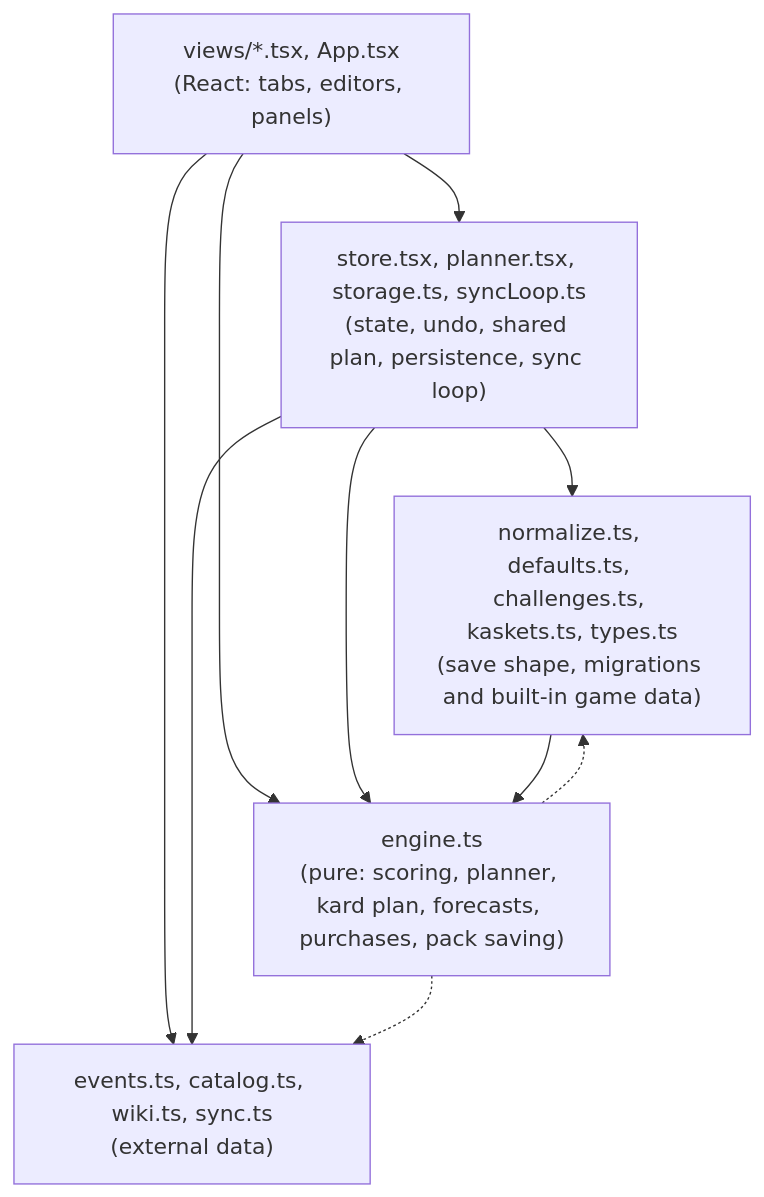
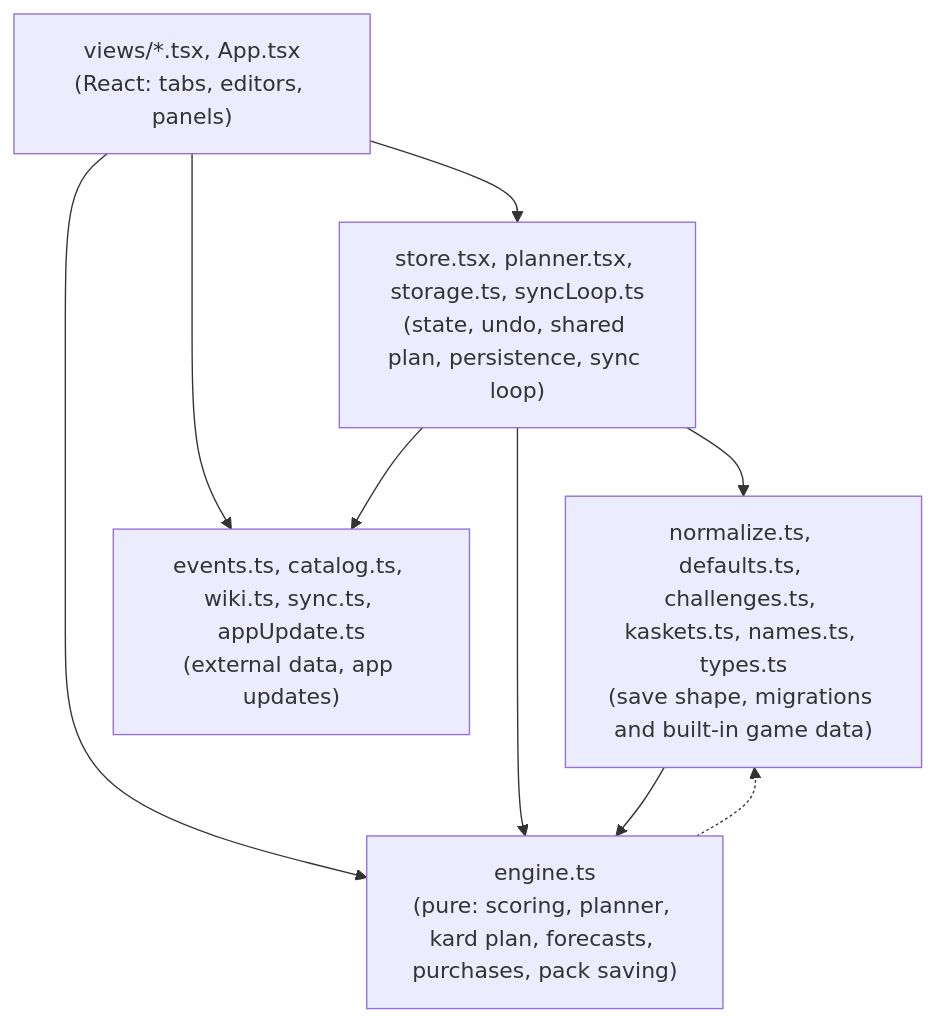
Before and after one commit to Simba3696/mkmax: the second of 3 diagrams in docs/architecture.md, drawn with Mermaid. The commit also changed other lines of this file and 46 other files, not shown here.

````diff
--- a/docs/architecture.md
+++ b/docs/architecture.md
@@ -31,17 +31,16 @@
 ```mermaid
 flowchart TB
   Views["views/*.tsx, App.tsx<br/>(React: tabs, editors, panels)"]
   Store["store.tsx, planner.tsx, storage.ts, syncLoop.ts<br/>(state, undo, shared plan, persistence, sync loop)"]
   Engine["engine.ts<br/>(pure: scoring, planner, kard plan, forecasts, purchases, pack saving)"]
-  Data["normalize.ts, defaults.ts, challenges.ts, kaskets.ts, types.ts<br/>(save shape, migrations and built-in game data)"]
-  Ext["events.ts, catalog.ts, wiki.ts, sync.ts<br/>(external data)"]
+  Data["normalize.ts, defaults.ts, challenges.ts, kaskets.ts, names.ts, types.ts<br/>(save shape, migrations and built-in game data)"]
+  Ext["events.ts, catalog.ts, wiki.ts, sync.ts, appUpdate.ts<br/>(external data, app updates)"]
   Views --> Store
   Views --> Engine
   Views --> Ext
   Store --> Data
   Store --> Engine
   Store --> Ext
   Data --> Engine
   Engine -.-> Data
-  Engine -.-> Ext
 ```
````
